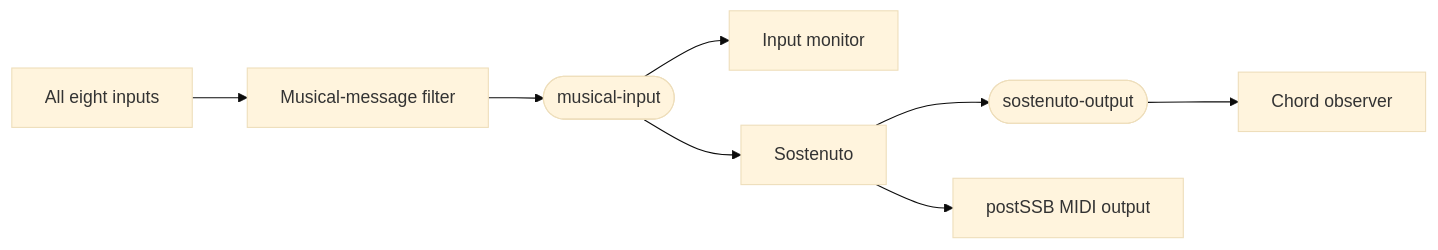
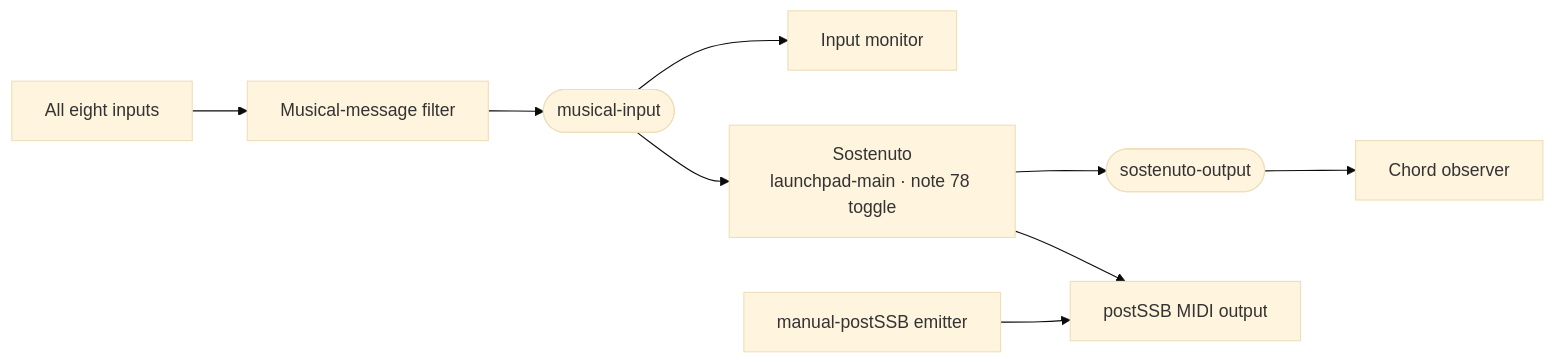
One commit to baalintnagy/midi-rat changed the second of 2 diagrams in docs/sostenuto.md. Above: the diagram before and after it, drawn with Mermaid (base theme). The commit also changed other lines of this file and 17 other files, not shown here.

````diff
--- a/docs/sostenuto.md
+++ b/docs/sostenuto.md
@@ -86,10 +108,11 @@
 ```mermaid
 flowchart LR
     I[All eight inputs] --> F[Musical-message filter]
     F --> B([musical-input])
     B --> M[Input monitor]
-    B --> S[Sostenuto]
+    B --> S["Sostenuto<br/>launchpad-main · note 78 toggle"]
     S --> O([sostenuto-output])
     O --> C[Chord observer]
     S --> P[postSSB MIDI output]
+    E[manual-postSSB emitter] --> P
 ```
````
